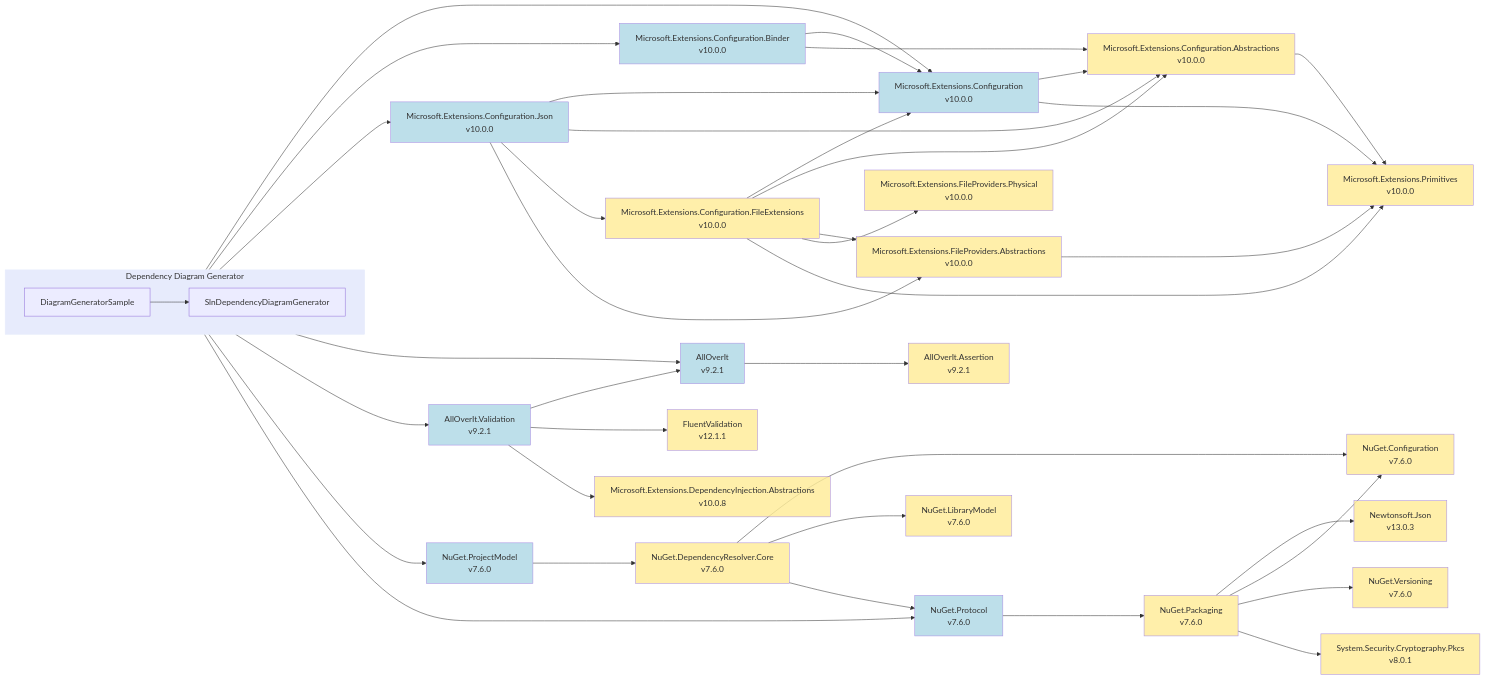
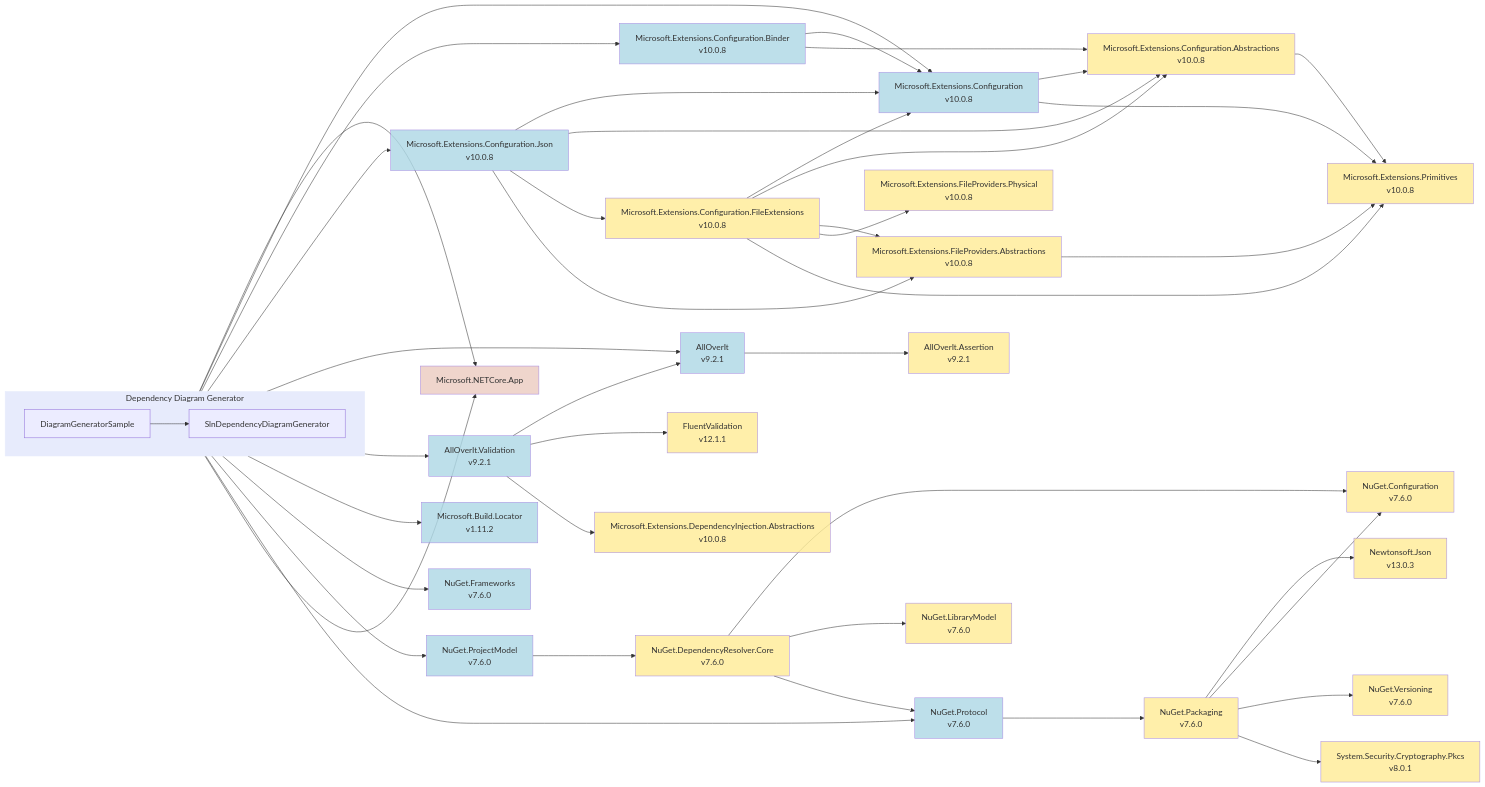
Before and after one commit to mjfreelancing/SlnDependencyDiagramGenerator: the diagram in Samples/Output/net10.0/mmd/diagramgeneratorsample.mmd, drawn with Mermaid. The commit also changed 101 other files, not shown here.

```diff
--- a/Samples/Output/net10.0/mmd/diagramgeneratorsample.mmd
+++ b/Samples/Output/net10.0/mmd/diagramgeneratorsample.mmd
@@ -1,87 +1,97 @@
 flowchart LR
   subgraph ddg["Dependency Diagram Generator"]
     direction LR
     ddg_diagramgeneratorsample["DiagramGeneratorSample"]
     ddg_slndependencydiagramgenerator["SlnDependencyDiagramGenerator"]
   end
-  microsoft-extensions-configuration_10-0-0["Microsoft.Extensions.Configuration<br>v10.0.0"]
-  microsoft-extensions-configuration-abstractions_10-0-0["Microsoft.Extensions.Configuration.Abstractions<br>v10.0.0"]
-  microsoft-extensions-primitives_10-0-0["Microsoft.Extensions.Primitives<br>v10.0.0"]
-  microsoft-extensions-configuration-binder_10-0-0["Microsoft.Extensions.Configuration.Binder<br>v10.0.0"]
-  microsoft-extensions-configuration-json_10-0-0["Microsoft.Extensions.Configuration.Json<br>v10.0.0"]
-  microsoft-extensions-configuration-fileextensions_10-0-0["Microsoft.Extensions.Configuration.FileExtensions<br>v10.0.0"]
-  microsoft-extensions-fileproviders-abstractions_10-0-0["Microsoft.Extensions.FileProviders.Abstractions<br>v10.0.0"]
-  microsoft-extensions-fileproviders-physical_10-0-0["Microsoft.Extensions.FileProviders.Physical<br>v10.0.0"]
+  microsoft-netcore-app["Microsoft.NETCore.App"]
+  microsoft-extensions-configuration_10-0-8["Microsoft.Extensions.Configuration<br>v10.0.8"]
+  microsoft-extensions-configuration-abstractions_10-0-8["Microsoft.Extensions.Configuration.Abstractions<br>v10.0.8"]
+  microsoft-extensions-primitives_10-0-8["Microsoft.Extensions.Primitives<br>v10.0.8"]
+  microsoft-extensions-configuration-binder_10-0-8["Microsoft.Extensions.Configuration.Binder<br>v10.0.8"]
+  microsoft-extensions-configuration-json_10-0-8["Microsoft.Extensions.Configuration.Json<br>v10.0.8"]
+  microsoft-extensions-configuration-fileextensions_10-0-8["Microsoft.Extensions.Configuration.FileExtensions<br>v10.0.8"]
+  microsoft-extensions-fileproviders-abstractions_10-0-8["Microsoft.Extensions.FileProviders.Abstractions<br>v10.0.8"]
+  microsoft-extensions-fileproviders-physical_10-0-8["Microsoft.Extensions.FileProviders.Physical<br>v10.0.8"]
   alloverit_9-2-1["AllOverIt<br>v9.2.1"]
   alloverit-assertion_9-2-1["AllOverIt.Assertion<br>v9.2.1"]
   alloverit-validation_9-2-1["AllOverIt.Validation<br>v9.2.1"]
   fluentvalidation_12-1-1["FluentValidation<br>v12.1.1"]
   microsoft-extensions-dependencyinjection-abstractions_10-0-8["Microsoft.Extensions.DependencyInjection.Abstractions<br>v10.0.8"]
+  microsoft-build-locator_1-11-2["Microsoft.Build.Locator<br>v1.11.2"]
+  nuget-frameworks_7-6-0["NuGet.Frameworks<br>v7.6.0"]
   nuget-projectmodel_7-6-0["NuGet.ProjectModel<br>v7.6.0"]
   nuget-dependencyresolver-core_7-6-0["NuGet.DependencyResolver.Core<br>v7.6.0"]
   nuget-configuration_7-6-0["NuGet.Configuration<br>v7.6.0"]
   nuget-librarymodel_7-6-0["NuGet.LibraryModel<br>v7.6.0"]
   nuget-protocol_7-6-0["NuGet.Protocol<br>v7.6.0"]
   nuget-packaging_7-6-0["NuGet.Packaging<br>v7.6.0"]
   newtonsoft-json_13-0-3["Newtonsoft.Json<br>v13.0.3"]
   nuget-versioning_7-6-0["NuGet.Versioning<br>v7.6.0"]
   system-security-cryptography-pkcs_8-0-1["System.Security.Cryptography.Pkcs<br>v8.0.1"]
-  ddg_diagramgeneratorsample --> microsoft-extensions-configuration_10-0-0
-  microsoft-extensions-configuration_10-0-0 --> microsoft-extensions-configuration-abstractions_10-0-0
-  microsoft-extensions-configuration-abstractions_10-0-0 --> microsoft-extensions-primitives_10-0-0
-  microsoft-extensions-configuration_10-0-0 --> microsoft-extensions-primitives_10-0-0
-  ddg_diagramgeneratorsample --> microsoft-extensions-configuration-binder_10-0-0
-  microsoft-extensions-configuration-binder_10-0-0 --> microsoft-extensions-configuration_10-0-0
-  microsoft-extensions-configuration-binder_10-0-0 --> microsoft-extensions-configuration-abstractions_10-0-0
-  ddg_diagramgeneratorsample --> microsoft-extensions-configuration-json_10-0-0
-  microsoft-extensions-configuration-json_10-0-0 --> microsoft-extensions-configuration_10-0-0
-  microsoft-extensions-configuration-json_10-0-0 --> microsoft-extensions-configuration-abstractions_10-0-0
-  microsoft-extensions-configuration-json_10-0-0 --> microsoft-extensions-configuration-fileextensions_10-0-0
-  microsoft-extensions-configuration-fileextensions_10-0-0 --> microsoft-extensions-configuration_10-0-0
-  microsoft-extensions-configuration-fileextensions_10-0-0 --> microsoft-extensions-configuration-abstractions_10-0-0
-  microsoft-extensions-configuration-fileextensions_10-0-0 --> microsoft-extensions-fileproviders-abstractions_10-0-0
-  microsoft-extensions-configuration-fileextensions_10-0-0 --> microsoft-extensions-fileproviders-physical_10-0-0
-  microsoft-extensions-configuration-fileextensions_10-0-0 --> microsoft-extensions-primitives_10-0-0
-  microsoft-extensions-configuration-json_10-0-0 --> microsoft-extensions-fileproviders-abstractions_10-0-0
-  microsoft-extensions-fileproviders-abstractions_10-0-0 --> microsoft-extensions-primitives_10-0-0
+  ddg_diagramgeneratorsample --> microsoft-netcore-app
+  ddg_diagramgeneratorsample --> microsoft-extensions-configuration_10-0-8
+  microsoft-extensions-configuration_10-0-8 --> microsoft-extensions-configuration-abstractions_10-0-8
+  microsoft-extensions-configuration-abstractions_10-0-8 --> microsoft-extensions-primitives_10-0-8
+  microsoft-extensions-configuration_10-0-8 --> microsoft-extensions-primitives_10-0-8
+  ddg_diagramgeneratorsample --> microsoft-extensions-configuration-binder_10-0-8
+  microsoft-extensions-configuration-binder_10-0-8 --> microsoft-extensions-configuration_10-0-8
+  microsoft-extensions-configuration-binder_10-0-8 --> microsoft-extensions-configuration-abstractions_10-0-8
+  ddg_diagramgeneratorsample --> microsoft-extensions-configuration-json_10-0-8
+  microsoft-extensions-configuration-json_10-0-8 --> microsoft-extensions-configuration_10-0-8
+  microsoft-extensions-configuration-json_10-0-8 --> microsoft-extensions-configuration-abstractions_10-0-8
+  microsoft-extensions-configuration-json_10-0-8 --> microsoft-extensions-configuration-fileextensions_10-0-8
+  microsoft-extensions-configuration-fileextensions_10-0-8 --> microsoft-extensions-configuration_10-0-8
+  microsoft-extensions-configuration-fileextensions_10-0-8 --> microsoft-extensions-configuration-abstractions_10-0-8
+  microsoft-extensions-configuration-fileextensions_10-0-8 --> microsoft-extensions-fileproviders-abstractions_10-0-8
+  microsoft-extensions-configuration-fileextensions_10-0-8 --> microsoft-extensions-fileproviders-physical_10-0-8
+  microsoft-extensions-configuration-fileextensions_10-0-8 --> microsoft-extensions-primitives_10-0-8
+  microsoft-extensions-configuration-json_10-0-8 --> microsoft-extensions-fileproviders-abstractions_10-0-8
+  microsoft-extensions-fileproviders-abstractions_10-0-8 --> microsoft-extensions-primitives_10-0-8
   ddg_diagramgeneratorsample --> ddg_slndependencydiagramgenerator
   ddg_slndependencydiagramgenerator --> alloverit_9-2-1
   alloverit_9-2-1 --> alloverit-assertion_9-2-1
   ddg_slndependencydiagramgenerator --> alloverit-validation_9-2-1
   alloverit-validation_9-2-1 --> alloverit_9-2-1
   alloverit-validation_9-2-1 --> fluentvalidation_12-1-1
   alloverit-validation_9-2-1 --> microsoft-extensions-dependencyinjection-abstractions_10-0-8
+  ddg_slndependencydiagramgenerator --> microsoft-build-locator_1-11-2
+  ddg_slndependencydiagramgenerator --> nuget-frameworks_7-6-0
   ddg_slndependencydiagramgenerator --> nuget-projectmodel_7-6-0
   nuget-projectmodel_7-6-0 --> nuget-dependencyresolver-core_7-6-0
   nuget-dependencyresolver-core_7-6-0 --> nuget-configuration_7-6-0
   nuget-dependencyresolver-core_7-6-0 --> nuget-librarymodel_7-6-0
   nuget-dependencyresolver-core_7-6-0 --> nuget-protocol_7-6-0
   ddg_slndependencydiagramgenerator --> nuget-protocol_7-6-0
   nuget-protocol_7-6-0 --> nuget-packaging_7-6-0
   nuget-packaging_7-6-0 --> newtonsoft-json_13-0-3
   nuget-packaging_7-6-0 --> nuget-configuration_7-6-0
   nuget-packaging_7-6-0 --> nuget-versioning_7-6-0
   nuget-packaging_7-6-0 --> system-security-cryptography-pkcs_8-0-1
+  ddg_slndependencydiagramgenerator --> microsoft-netcore-app
   style ddg fill:#E7EBFC,stroke:#E7EBFC,stroke-width:1px,opacity:1
-  style microsoft-extensions-configuration_10-0-0 fill:#ADD8E6,opacity:0.8
-  style microsoft-extensions-configuration-abstractions_10-0-0 fill:#FFEC96,opacity:0.8
-  style microsoft-extensions-primitives_10-0-0 fill:#FFEC96,opacity:0.8
-  style microsoft-extensions-configuration-binder_10-0-0 fill:#ADD8E6,opacity:0.8
-  style microsoft-extensions-configuration-json_10-0-0 fill:#ADD8E6,opacity:0.8
-  style microsoft-extensions-configuration-fileextensions_10-0-0 fill:#FFEC96,opacity:0.8
-  style microsoft-extensions-fileproviders-abstractions_10-0-0 fill:#FFEC96,opacity:0.8
-  style microsoft-extensions-fileproviders-physical_10-0-0 fill:#FFEC96,opacity:0.8
+  style microsoft-netcore-app fill:#ECCBC0,opacity:0.8
+  style microsoft-extensions-configuration_10-0-8 fill:#ADD8E6,opacity:0.8
+  style microsoft-extensions-configuration-abstractions_10-0-8 fill:#FFEC96,opacity:0.8
+  style microsoft-extensions-primitives_10-0-8 fill:#FFEC96,opacity:0.8
+  style microsoft-extensions-configuration-binder_10-0-8 fill:#ADD8E6,opacity:0.8
+  style microsoft-extensions-configuration-json_10-0-8 fill:#ADD8E6,opacity:0.8
+  style microsoft-extensions-configuration-fileextensions_10-0-8 fill:#FFEC96,opacity:0.8
+  style microsoft-extensions-fileproviders-abstractions_10-0-8 fill:#FFEC96,opacity:0.8
+  style microsoft-extensions-fileproviders-physical_10-0-8 fill:#FFEC96,opacity:0.8
   style alloverit_9-2-1 fill:#ADD8E6,opacity:0.8
   style alloverit-assertion_9-2-1 fill:#FFEC96,opacity:0.8
   style alloverit-validation_9-2-1 fill:#ADD8E6,opacity:0.8
   style fluentvalidation_12-1-1 fill:#FFEC96,opacity:0.8
   style microsoft-extensions-dependencyinjection-abstractions_10-0-8 fill:#FFEC96,opacity:0.8
+  style microsoft-build-locator_1-11-2 fill:#ADD8E6,opacity:0.8
+  style nuget-frameworks_7-6-0 fill:#ADD8E6,opacity:0.8
   style nuget-projectmodel_7-6-0 fill:#ADD8E6,opacity:0.8
   style nuget-dependencyresolver-core_7-6-0 fill:#FFEC96,opacity:0.8
   style nuget-configuration_7-6-0 fill:#FFEC96,opacity:0.8
   style nuget-librarymodel_7-6-0 fill:#FFEC96,opacity:0.8
   style nuget-protocol_7-6-0 fill:#ADD8E6,opacity:0.8
   style nuget-packaging_7-6-0 fill:#FFEC96,opacity:0.8
   style newtonsoft-json_13-0-3 fill:#FFEC96,opacity:0.8
   style nuget-versioning_7-6-0 fill:#FFEC96,opacity:0.8
   style system-security-cryptography-pkcs_8-0-1 fill:#FFEC96,opacity:0.8
```
